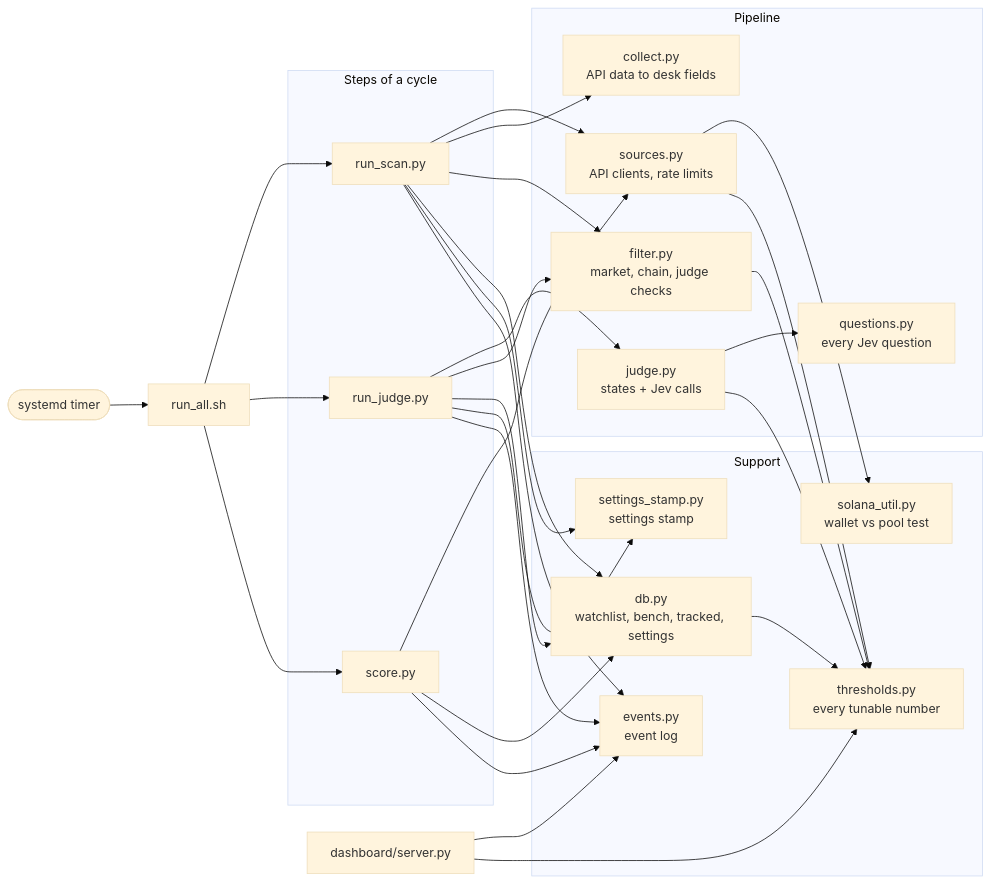
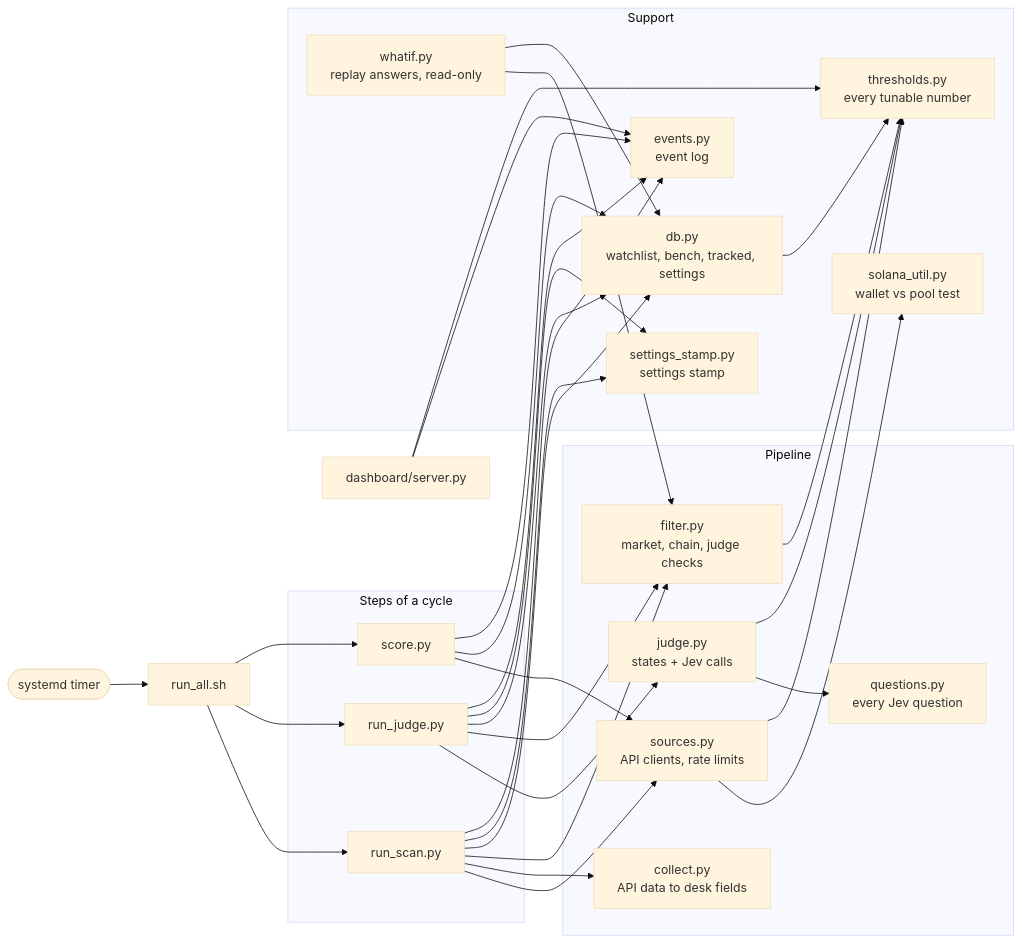
Before and after one commit to NickHammer/jev-desk: diagram 11 of 11 in ARCHITECTURE.md, drawn with Mermaid (base theme). The commit also changed other lines of this file and 5 other files, not shown here.

````diff
--- a/ARCHITECTURE.md
+++ b/ARCHITECTURE.md
@@ -353,33 +361,35 @@
 ```mermaid
 flowchart LR
     subgraph entry["Steps of a cycle"]
         rs["run_scan.py"]
         rj["run_judge.py"]
         sc["score.py"]
     end
     subgraph core["Pipeline"]
         src["sources.py<br/>API clients, rate limits"]
         col["collect.py<br/>API data to desk fields"]
         fil["filter.py<br/>market, chain, judge checks"]
         jd["judge.py<br/>states + Jev calls"]
         qs["questions.py<br/>every Jev question"]
     end
     subgraph support["Support"]
         th["thresholds.py<br/>every tunable number"]
         ev2["events.py<br/>event log"]
         db["db.py<br/>watchlist, bench, tracked, settings"]
         st["settings_stamp.py<br/>settings stamp"]
+        wi["whatif.py<br/>replay answers, read-only"]
         su["solana_util.py<br/>wallet vs pool test"]
     end
     tm(["systemd timer"]) --> ra["run_all.sh"]
     ra --> rs & rj & sc
     rs --> src & col & fil & db
     rj --> jd & fil & db
     sc --> src & db
     rs & rj --> st
+    wi --> fil & db
     jd --> qs
     src --> su
     src & fil & db & jd --> th
     rs & rj & sc --> ev2
     ds["dashboard/server.py"] --> ev2 & th
 ```
````
